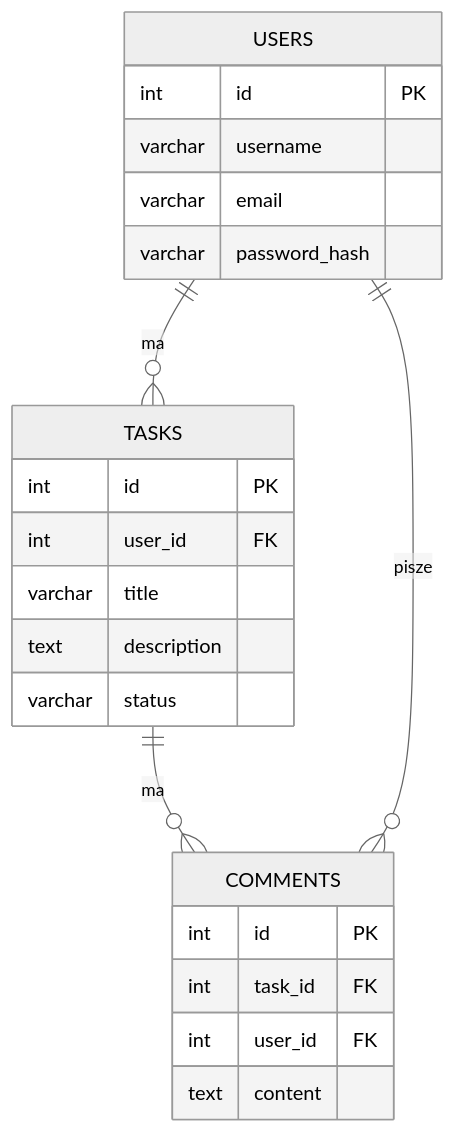
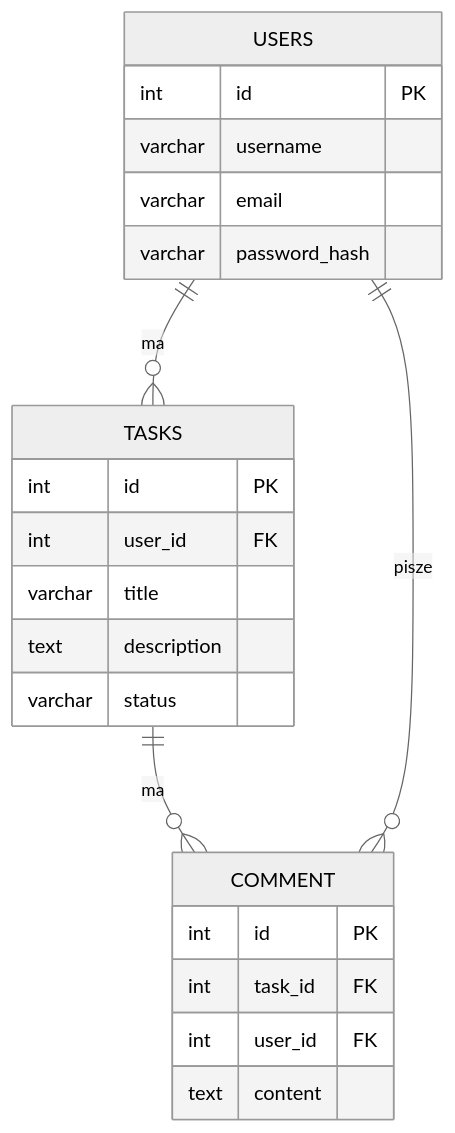
Before and after one commit to yerameyeupavel-droid/praktyka-project: the diagram in docs/erd.md, drawn with Mermaid (neutral theme). The commit also changed other lines of this file and 8 other files, not shown here.

Commit message:
porzadkuje baze: table-schema + insert-data, tabela comment

````diff
--- a/docs/erd.md
+++ b/docs/erd.md
@@ -38,25 +38,25 @@
 ```mermaid
 erDiagram
     USERS ||--o{ TASKS : ma
-    TASKS ||--o{ COMMENTS : ma
-    USERS ||--o{ COMMENTS : pisze
+    TASKS ||--o{ COMMENT : ma
+    USERS ||--o{ COMMENT : pisze
     USERS {
         int id PK
         varchar username
         varchar email
         varchar password_hash
     }
     TASKS {
         int id PK
         int user_id FK
         varchar title
         text description
         varchar status
     }
-    COMMENTS {
+    COMMENT {
         int id PK
         int task_id FK
         int user_id FK
         text content
     }
 ```
````
